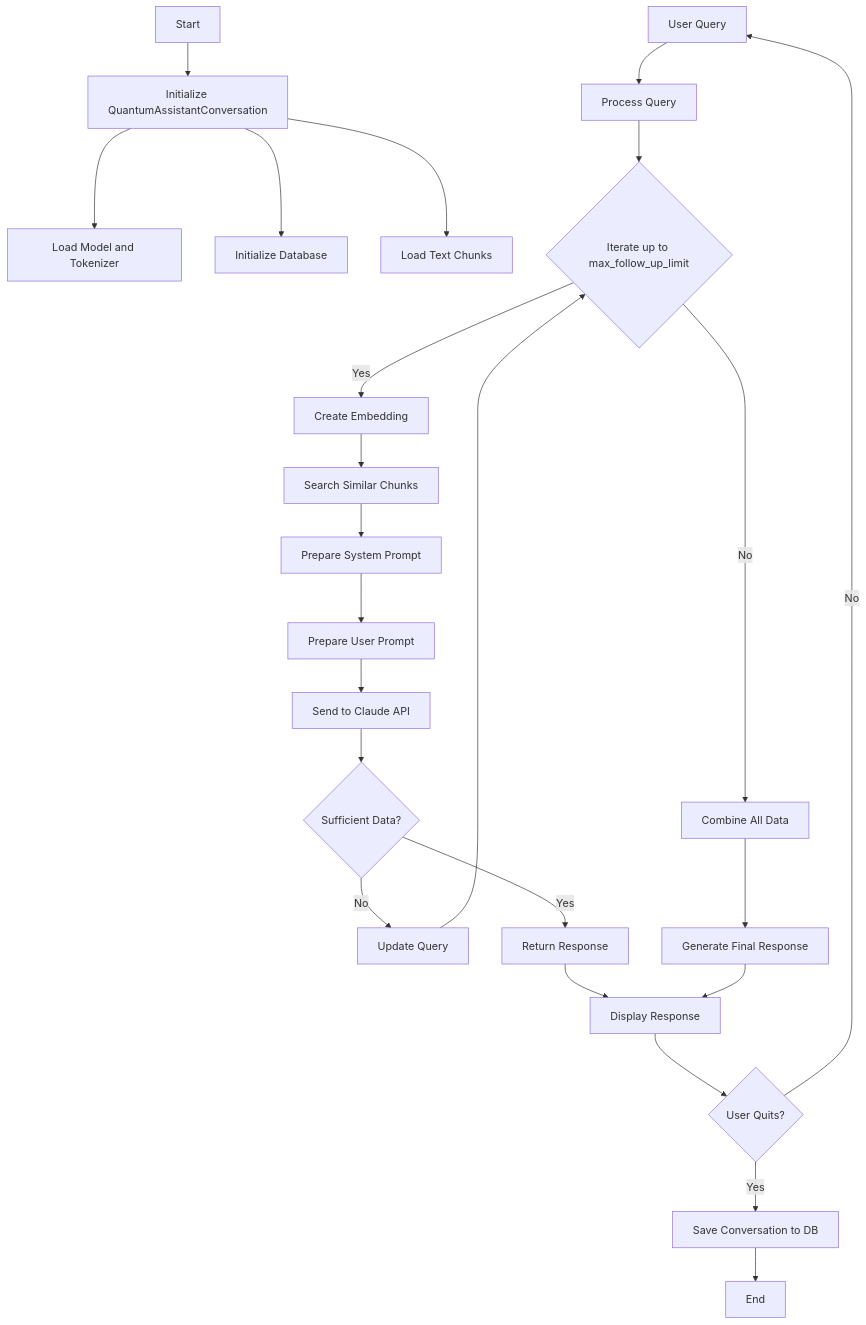
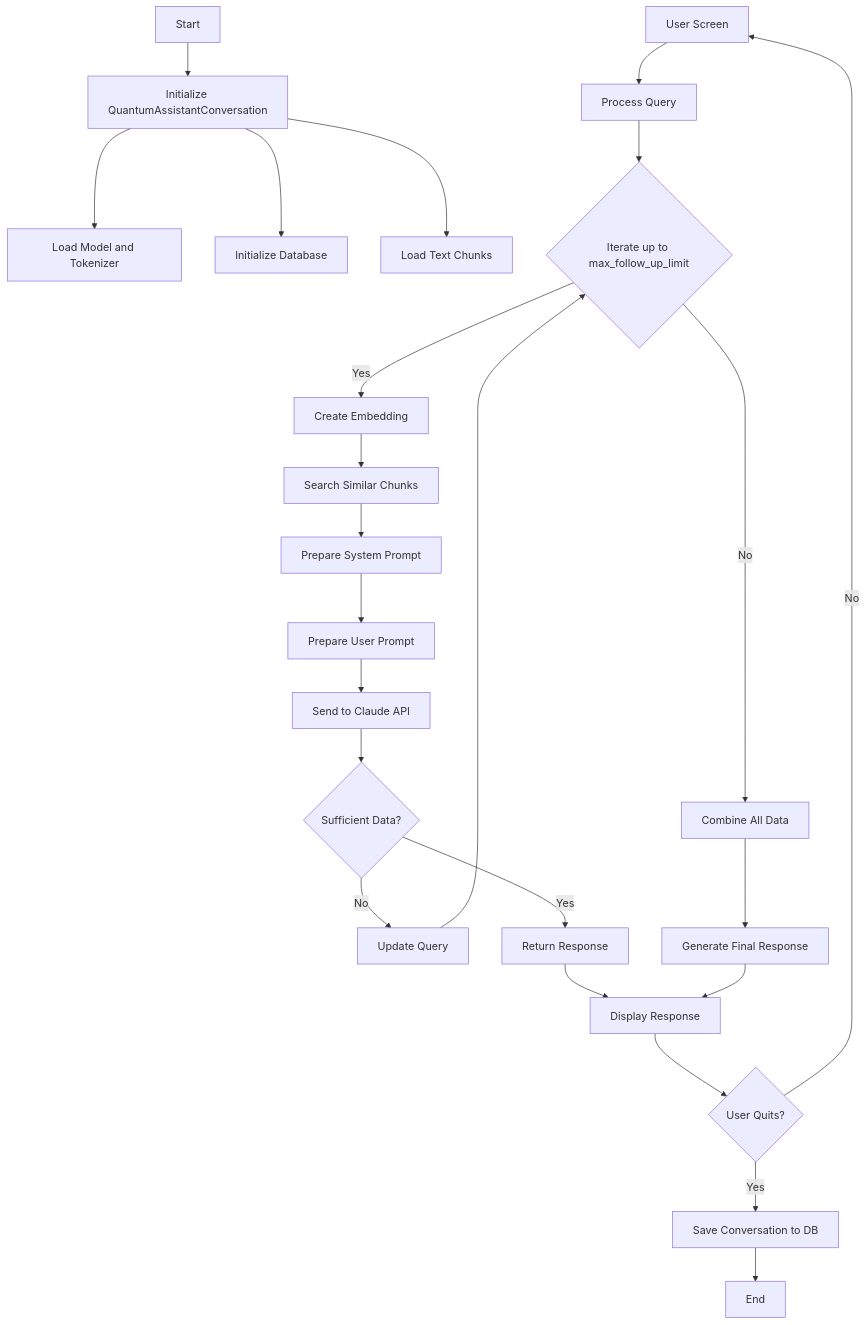
One commit to Sahil624/quantum_assistant changed the diagram in core/assistant/index.md. Above: the diagram before and after it, drawn with Mermaid. The commit also changed 3 other files, not shown here.

````diff
--- a/core/assistant/index.md
+++ b/core/assistant/index.md
@@ -11,26 +11,26 @@
 ```mermaid
 graph TD
     A[Start] --> B[Initialize QuantumAssistantConversation]
     B --> C[Load Model and Tokenizer]
     B --> D[Initialize Database]
     B --> E[Load Text Chunks]
-    F[User Query] --> G[Process Query]
+    F[User Screen] --> G[Process Query]
     G --> H{Iterate up to max_follow_up_limit}
     H --> |Yes| I[Create Embedding]
     I --> J[Search Similar Chunks]
     J --> K[Prepare System Prompt]
     K --> L[Prepare User Prompt]
     L --> M[Send to Claude API]
     M --> N{Sufficient Data?}
     N --> |No| O[Update Query]
     O --> H
     N --> |Yes| P[Return Response]
     H --> |No| Q[Combine All Data]
     Q --> R[Generate Final Response]
     P --> S[Display Response]
     R --> S
     S --> T{User Quits?}
     T --> |No| F
     T --> |Yes| U[Save Conversation to DB]
     U --> V[End]
 ```
````
